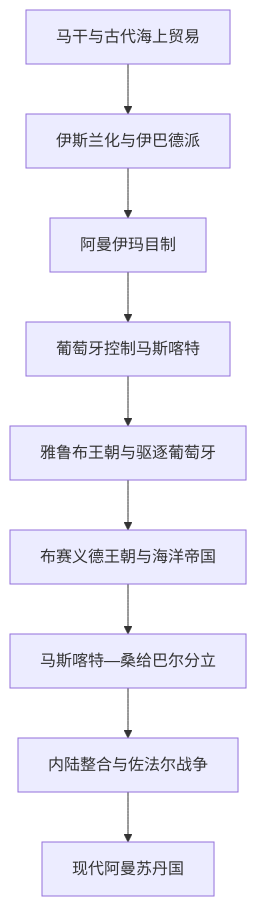
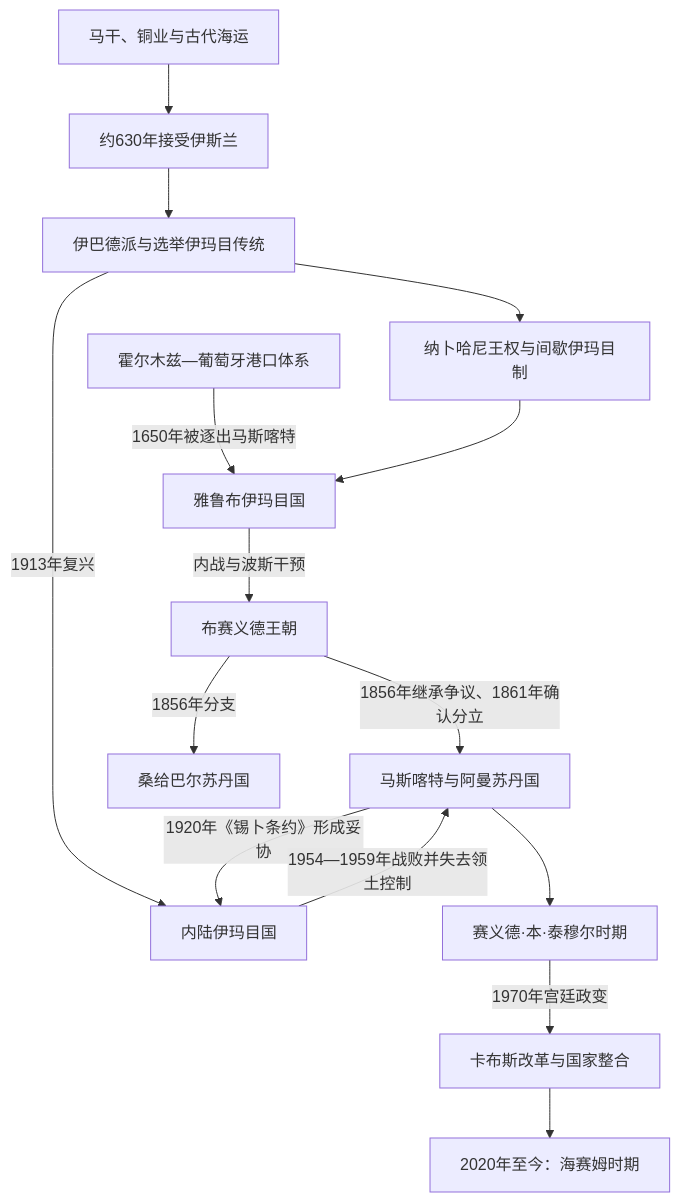
Before and after one commit to tianlan-dev/learning-notes: the diagram in 人文科学/历史/西亚/阿拉伯半岛/阿曼/README.md, drawn with Mermaid. The commit also changed other lines of this file and 1417 other files, not shown here.

````diff
--- a/人文科学/历史/西亚/阿拉伯半岛/阿曼/README.md
+++ b/人文科学/历史/西亚/阿拉伯半岛/阿曼/README.md
@@ -13,11 +11,17 @@
 ```mermaid
 flowchart TD
-    Magan["马干与古代海上贸易"] --> Islam["伊斯兰化与伊巴德派"]
-    Islam --> Imamate["阿曼伊玛目制"]
-    Imamate --> Portuguese["葡萄牙控制马斯喀特"]
-    Portuguese --> Yaruba["雅鲁布王朝与驱逐葡萄牙"]
-    Yaruba --> AlSaid["布赛义德王朝与海洋帝国"]
-    AlSaid --> Split["马斯喀特—桑给巴尔分立"]
-    Split --> Integration["内陆整合与佐法尔战争"]
-    Integration --> Modern["现代阿曼苏丹国"]
+    Magan["马干、铜业与古代海运"] --> Islam["约630年接受伊斯兰"]
+    Islam --> Ibadi["伊巴德派与选举伊玛目传统"]
+    Ibadi --> Nabhan["纳卜哈尼王权与间歇伊玛目制"]
+    Hormuz["霍尔木兹—葡萄牙港口体系"] -->|1650年被逐出马斯喀特| Yaruba["雅鲁布伊玛目国"]
+    Nabhan --> Yaruba
+    Yaruba -->|内战与波斯干预| AlBuSaid["布赛义德王朝"]
+    AlBuSaid -->|1856年继承争议、1861年确认分立| Muscat["马斯喀特与阿曼苏丹国"]
+    AlBuSaid -->|1856年分支| Zanzibar["桑给巴尔苏丹国"]
+    Ibadi -->|1913年复兴| Interior["内陆伊玛目国"]
+    Muscat -->|1920年《锡卜条约》形成妥协| Interior
+    Interior -->|1954—1959年战败并失去领土控制| Muscat
+    Muscat --> Said["赛义德·本·泰穆尔时期"]
+    Said -->|1970年宫廷政变| Qaboos["卡布斯改革与国家整合"]
+    Qaboos --> Haitham["2020年至今：海赛姆时期"]
 ```
````
